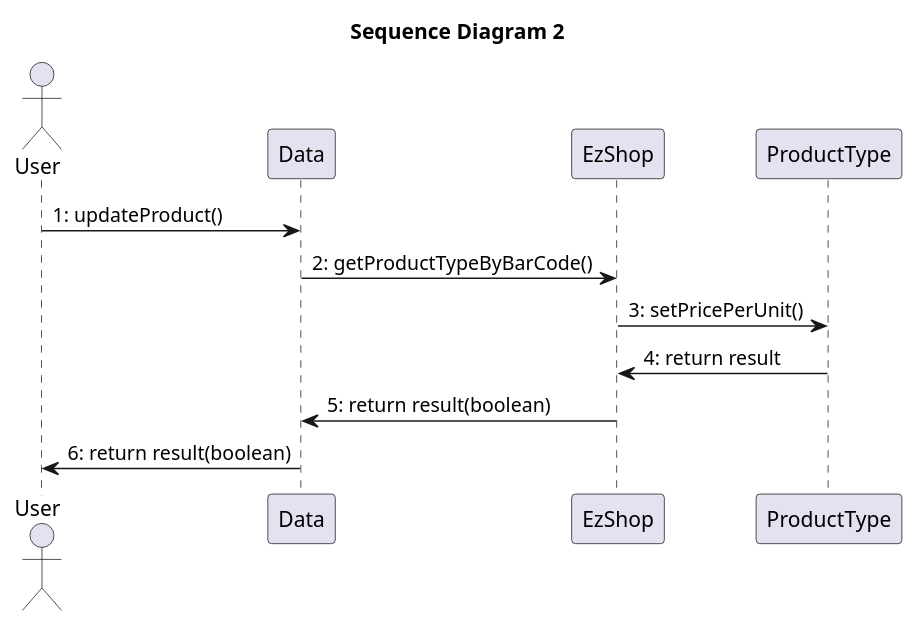
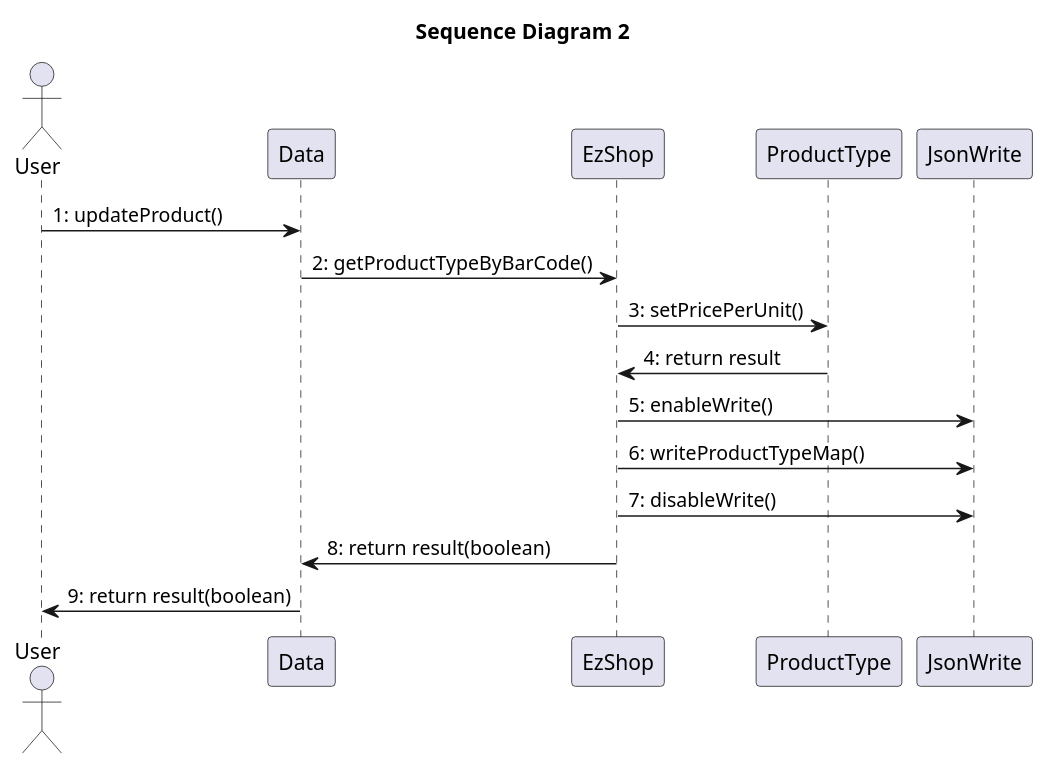
The fourth of 15 diagrams in Deliverables/DesignDocument.md (paolotron/EzshoProject31), drawn with PlantUML before and after one commit.

````diff
--- a/Deliverables/DesignDocument.md
+++ b/Deliverables/DesignDocument.md
@@ -324,16 +324,21 @@
 ``` plantuml
 @startuml
 title "Sequence Diagram 2"
 actor User as U
 participant Data
 participant EzShop
 participant ProductType as P
+participant JsonWrite as JW
 
 U->Data: 1: updateProduct()
 Data->EzShop: 2: getProductTypeByBarCode()
 EzShop->P: 3: setPricePerUnit()
 P->EzShop: 4: return result
-EzShop->Data: 5: return result(boolean)
-Data->U: 6: return result(boolean)
+EzShop -> JW: 5: enableWrite()
+EzShop -> JW: 6: writeProductTypeMap()
+EzShop -> JW: 7: disableWrite()
+EzShop->Data: 8: return result(boolean)
+Data->U: 9: return result(boolean)
 @enduml
+
 ```
````
